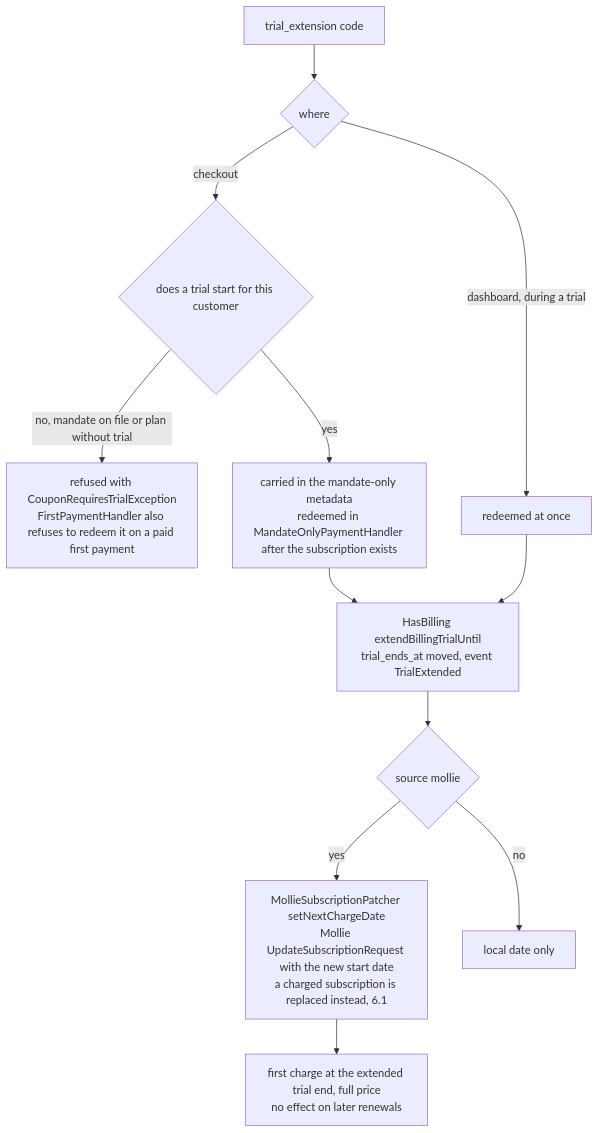
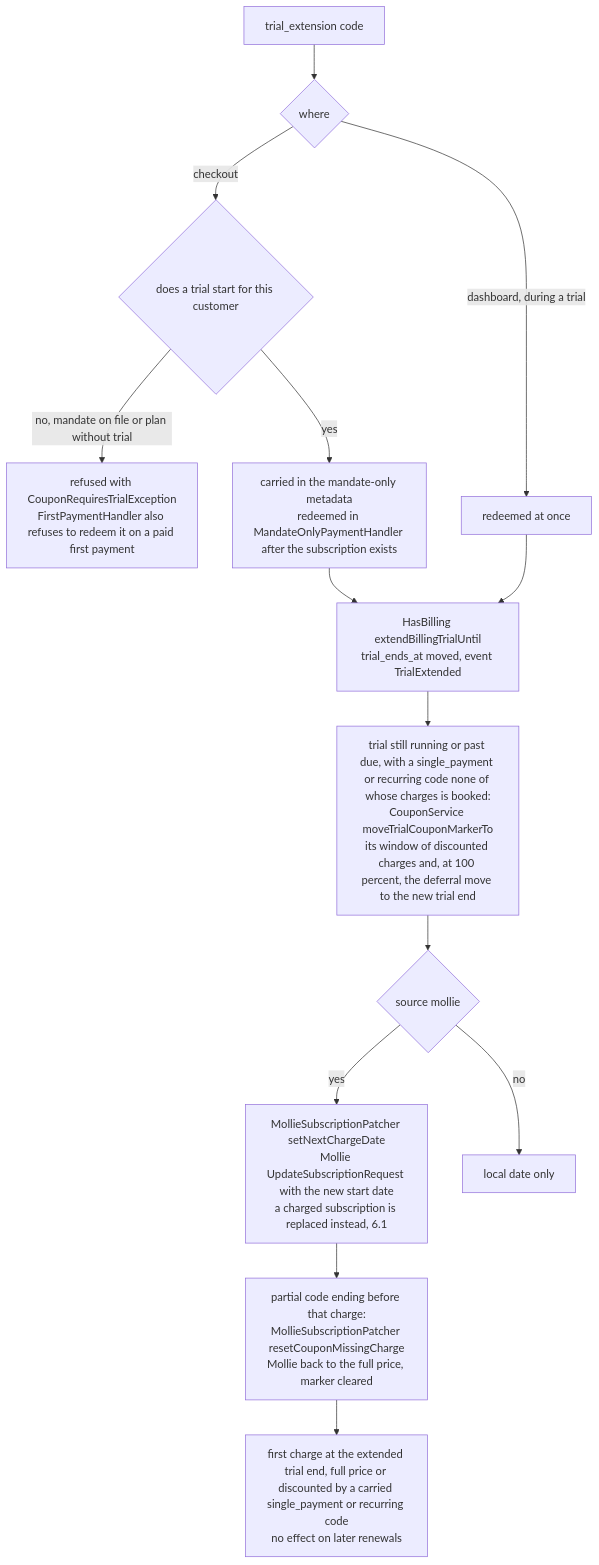
One commit to GraystackIT/laravel-mollie-billing changed the eighth of 28 diagrams in docs/flows.md. Above: the diagram before and after it, drawn with Mermaid. The commit also changed other lines of this file and 20 other files, not shown here.

First line of the commit message:
fix(coupons): Accept first-payment coupons on trial signups

````diff
--- a/docs/flows.md
+++ b/docs/flows.md
@@ -439,14 +445,16 @@
 ```mermaid
 flowchart TD
     A["trial_extension code"] --> B{"where"}
     B -->|"checkout"| C{"does a trial start for this customer"}
     C -->|"no, mandate on file or plan without trial"| D["refused with CouponRequiresTrialException<br/>FirstPaymentHandler also refuses to redeem it on a paid first payment"]
     C -->|"yes"| E["carried in the mandate-only metadata<br/>redeemed in MandateOnlyPaymentHandler after the subscription exists"]
     B -->|"dashboard, during a trial"| F["redeemed at once"]
     E --> G["HasBilling extendBillingTrialUntil<br/>trial_ends_at moved, event TrialExtended"]
     F --> G
-    G --> H{"source mollie"}
+    G --> G2["trial still running or past due, with a single_payment or recurring code none of whose charges is booked:<br/>CouponService moveTrialCouponMarkerTo<br/>its window of discounted charges and, at 100 percent, the deferral move to the new trial end"]
+    G2 --> H{"source mollie"}
     H -->|"yes"| I["MollieSubscriptionPatcher setNextChargeDate<br/>Mollie UpdateSubscriptionRequest with the new start date<br/>a charged subscription is replaced instead, 6.1"]
     H -->|"no"| J["local date only"]
-    I --> K["first charge at the extended trial end, full price<br/>no effect on later renewals"]
+    I --> I2["partial code ending before that charge:<br/>MollieSubscriptionPatcher resetCouponMissingCharge<br/>Mollie back to the full price, marker cleared"]
+    I2 --> K["first charge at the extended trial end, full price or discounted by a carried single_payment or recurring code<br/>no effect on later renewals"]
 ```
````
